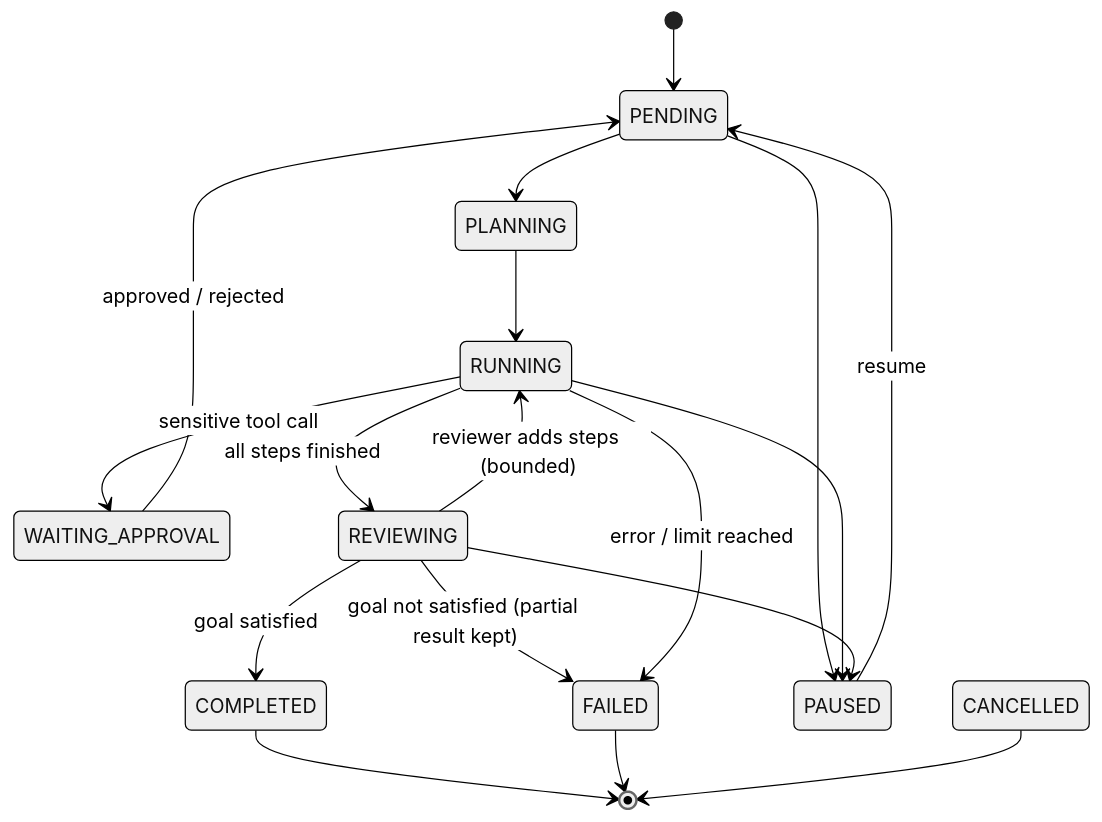
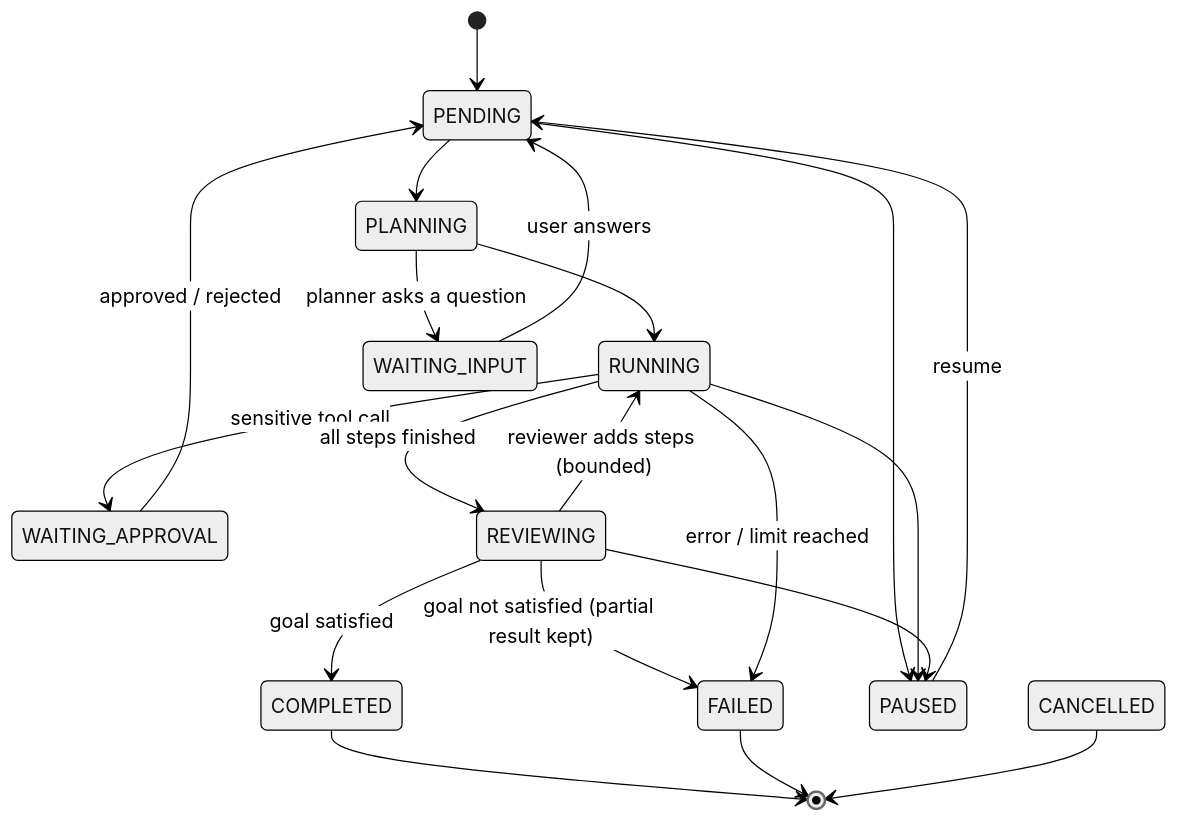
One commit to Anjub004/dot-lab changed the diagram in docs/architecture.md. Above: the diagram before and after it, drawn with Mermaid (neutral theme). The commit also changed other lines of this file, not shown here.

````diff
--- a/docs/architecture.md
+++ b/docs/architecture.md
@@ -53,20 +53,22 @@
 ```mermaid
 stateDiagram-v2
     [*] --> PENDING
     PENDING --> PLANNING
     PLANNING --> RUNNING
+    PLANNING --> WAITING_INPUT: planner asks a question
+    WAITING_INPUT --> PENDING: user answers
     RUNNING --> WAITING_APPROVAL: sensitive tool call
     WAITING_APPROVAL --> PENDING: approved / rejected
     RUNNING --> REVIEWING: all steps finished
     REVIEWING --> RUNNING: reviewer adds steps (bounded)
     REVIEWING --> COMPLETED: goal satisfied
     REVIEWING --> FAILED: goal not satisfied (partial result kept)
     RUNNING --> FAILED: error / limit reached
     PENDING --> PAUSED
     RUNNING --> PAUSED
     REVIEWING --> PAUSED
     PAUSED --> PENDING: resume
     COMPLETED --> [*]
     FAILED --> [*]
     CANCELLED --> [*]
 ```
````
